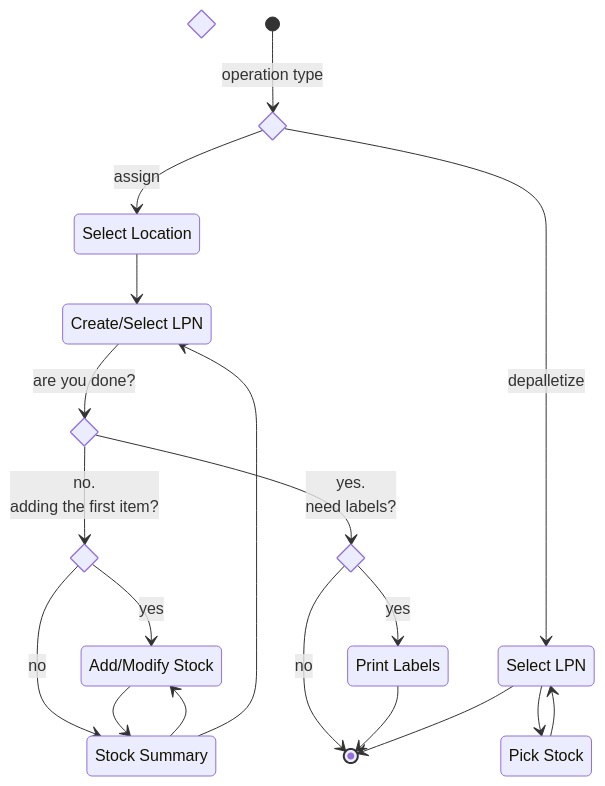
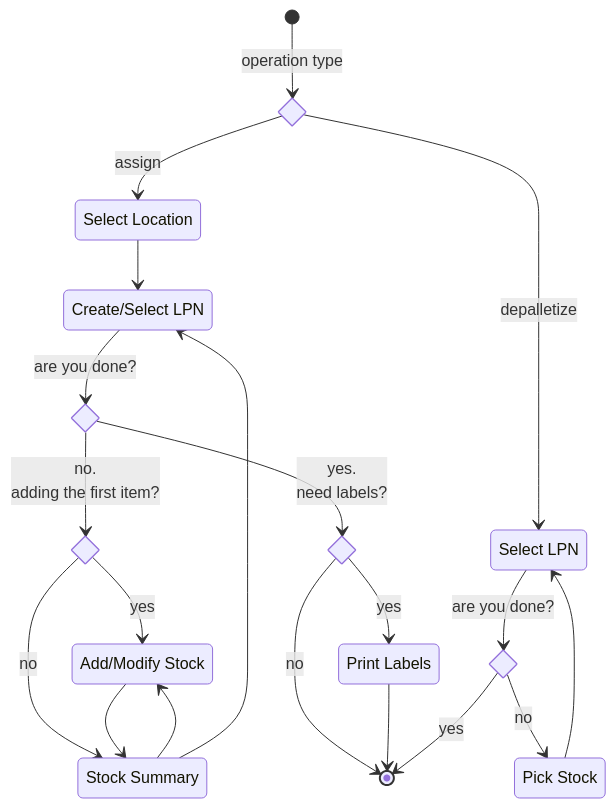
Before and after one commit to theonewhowritesthedocs/lwms-docs: the diagram in docs/apps/reassign_lpn.md, drawn with Mermaid.

Commit message:
Update flow diagram in Reassign License Plate

````diff
--- a/docs/apps/reassign_lpn.md
+++ b/docs/apps/reassign_lpn.md
@@ -15,36 +15,37 @@
 ```mermaid
 stateDiagram-v2
     state "Select Location" as location
     state "Create/Select LPN" as create_select_lpn
     state "Stock Summary" as stock_summary
     state "Add/Modify Stock" as add_modify_stock
     state "Print Labels" as print
     state "Select LPN" as select_lpn
     state "Pick Stock" as pick_stock
 
     state operation_type_choices <<choice>>
     state edit_lpn_choices <<choice>>
     state done_choices <<choice>>
     state print_choices <<choice>>
     state done_choices2 <<choice>>
 
     [*] --> operation_type_choices: operation type
     operation_type_choices --> location: assign
     location --> create_select_lpn
     create_select_lpn --> done_choices: are you done?
     done_choices--> edit_lpn_choices: no. <br> adding the first item?
     edit_lpn_choices--> add_modify_stock: yes
     edit_lpn_choices--> stock_summary: no
     add_modify_stock --> stock_summary
     stock_summary --> add_modify_stock
     stock_summary --> create_select_lpn
     done_choices --> print_choices: yes. <br> need labels?
     print_choices --> print: yes
     print_choices --> [*]: no
     print --> [*]
 
     operation_type_choices --> select_lpn: depalletize
-    select_lpn --> pick_stock
+    select_lpn --> done_choices2: are you done?
+    done_choices2 --> pick_stock: no
+    done_choices2 --> [*]: yes
     pick_stock --> select_lpn
-    select_lpn --> [*]
 ```
````
